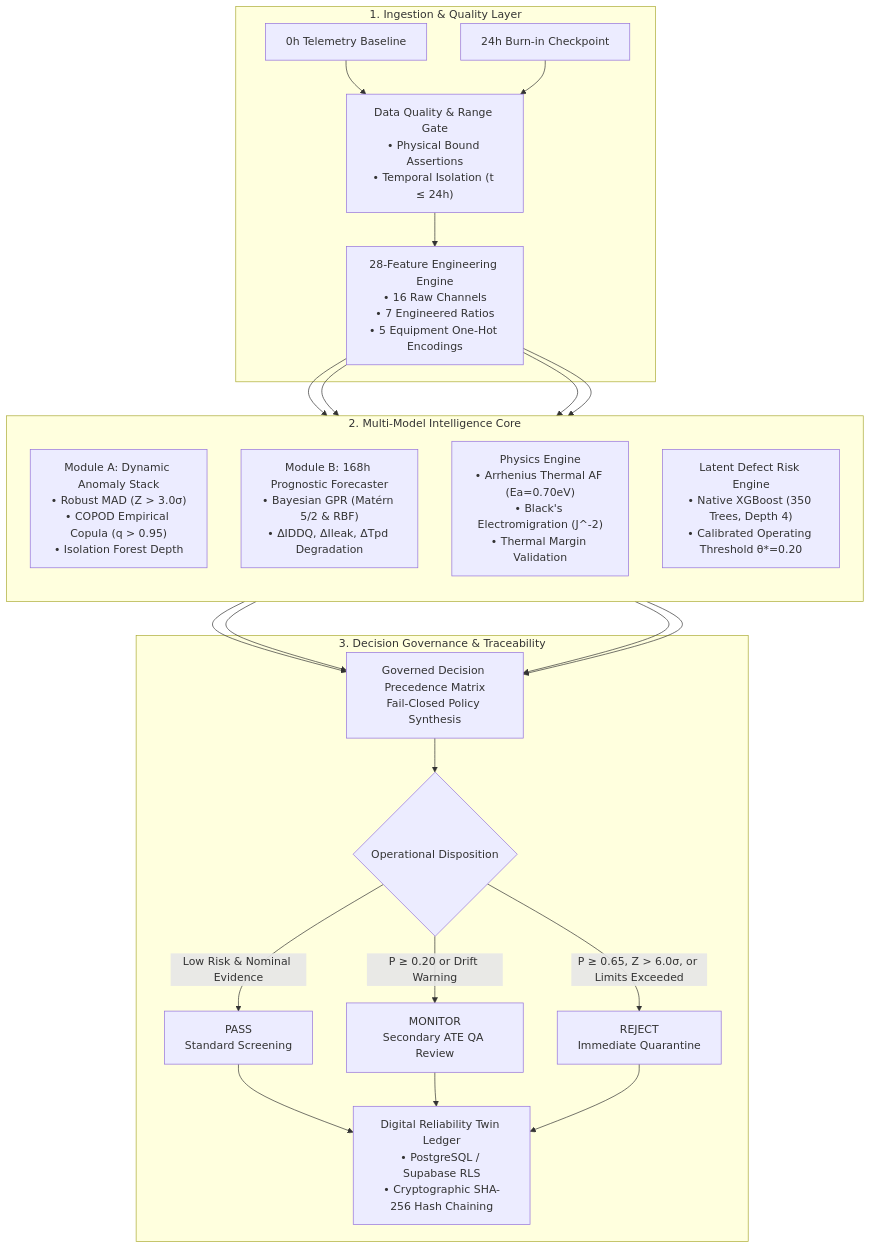
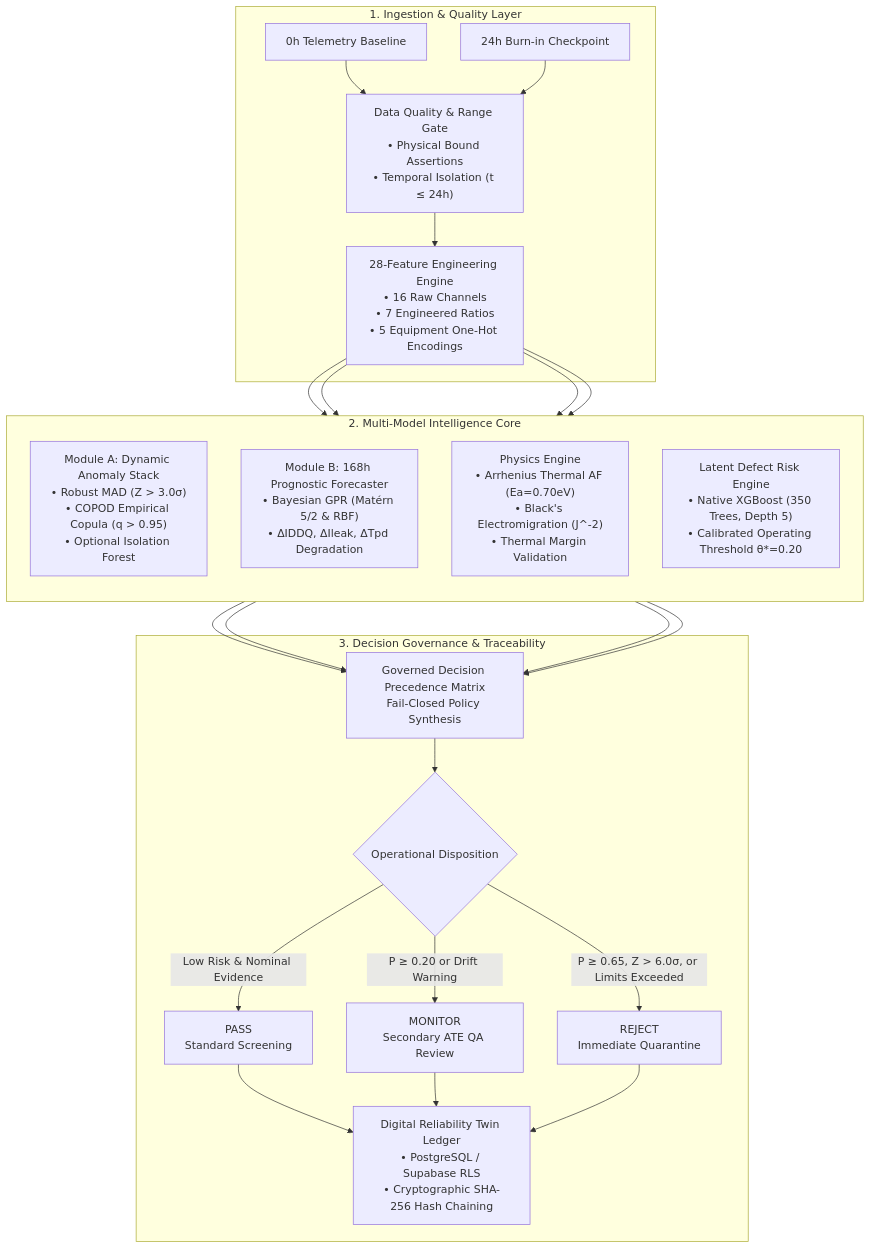
Before and after one commit to umeshpandeysh/predicta-26: the second of 5 diagrams in README.md, drawn with Mermaid. The commit also changed other lines of this file and 35 other files, not shown here.

````diff
--- a/README.md
+++ b/README.md
@@ -68,48 +68,48 @@
 ```mermaid
 flowchart TD
     subgraph Ingestion["1. Ingestion & Quality Layer"]
         T0["0h Telemetry Baseline"]
         T24["24h Burn-in Checkpoint"]
         DQG["Data Quality & Range Gate<br>• Physical Bound Assertions<br>• Temporal Isolation (t ≤ 24h)"]
         FEAT["28-Feature Engineering Engine<br>• 16 Raw Channels<br>• 7 Engineered Ratios<br>• 5 Equipment One-Hot Encodings"]
     end
 
     subgraph IntelligenceCore["2. Multi-Model Intelligence Core"]
         direction TB
-        MOD_A["Module A: Dynamic Anomaly Stack<br>• Robust MAD (Z > 3.0σ)<br>• COPOD Empirical Copula (q > 0.95)<br>• Isolation Forest Depth"]
+        MOD_A["Module A: Dynamic Anomaly Stack<br>• Robust MAD (Z > 3.0σ)<br>• COPOD Empirical Copula (q > 0.95)<br>• Optional Isolation Forest"]
         MOD_B["Module B: 168h Prognostic Forecaster<br>• Bayesian GPR (Matérn 5/2 & RBF)<br>• ΔIDDQ, ΔIleak, ΔTpd Degradation"]
         PHYS["Physics Engine<br>• Arrhenius Thermal AF (Ea=0.70eV)<br>• Black's Electromigration (J^-2)<br>• Thermal Margin Validation"]
-        XGB["Latent Defect Risk Engine<br>• Native XGBoost (350 Trees, Depth 4)<br>• Calibrated Operating Threshold θ*=0.20"]
+        XGB["Latent Defect Risk Engine<br>• Native XGBoost (350 Trees, Depth 5)<br>• Calibrated Operating Threshold θ*=0.20"]
     end
 
     subgraph GovernanceLayer["3. Decision Governance & Traceability"]
         GOV["Governed Decision Precedence Matrix<br>Fail-Closed Policy Synthesis"]
         DISP{"Operational Disposition"}
         PASS["PASS<br>Standard Screening"]
         MON["MONITOR<br>Secondary ATE QA Review"]
         REJ["REJECT<br>Immediate Quarantine"]
         TWIN["Digital Reliability Twin Ledger<br>• PostgreSQL / Supabase RLS<br>• Cryptographic SHA-256 Hash Chaining"]
     end
 
     T0 --> DQG
     T24 --> DQG
     DQG --> FEAT
     FEAT --> MOD_A
     FEAT --> MOD_B
     FEAT --> PHYS
     FEAT --> XGB
 
     MOD_A --> GOV
     MOD_B --> GOV
     PHYS --> GOV
     XGB --> GOV
 
     GOV --> DISP
     DISP -->|Low Risk & Nominal Evidence| PASS
     DISP -->|P ≥ 0.20 or Drift Warning| MON
     DISP -->|P ≥ 0.65, Z > 6.0σ, or Limits Exceeded| REJ
 
     PASS --> TWIN
     MON --> TWIN
     REJ --> TWIN
 ```
````
